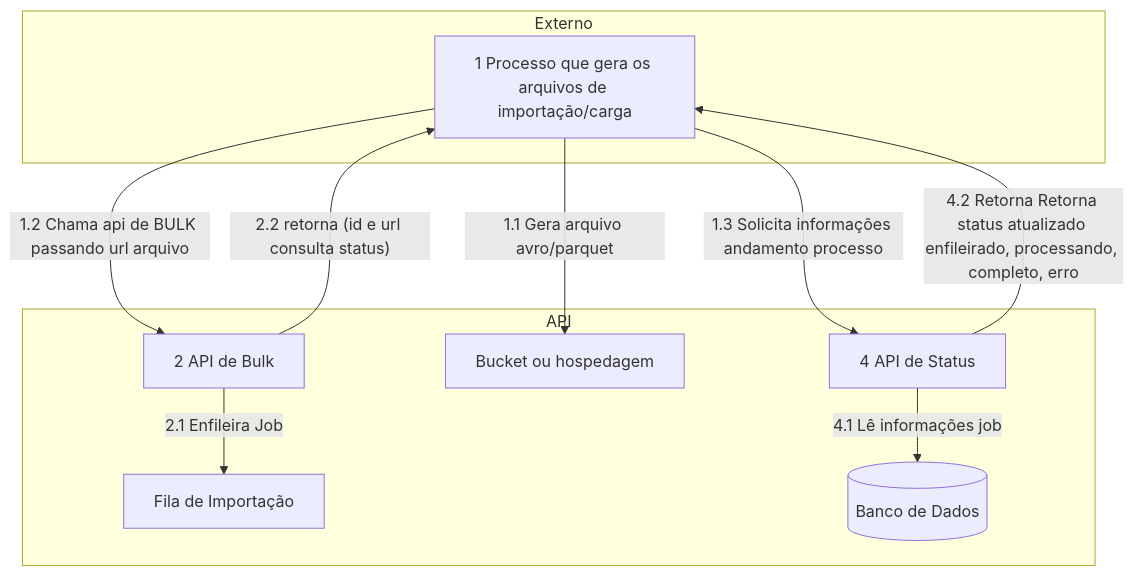
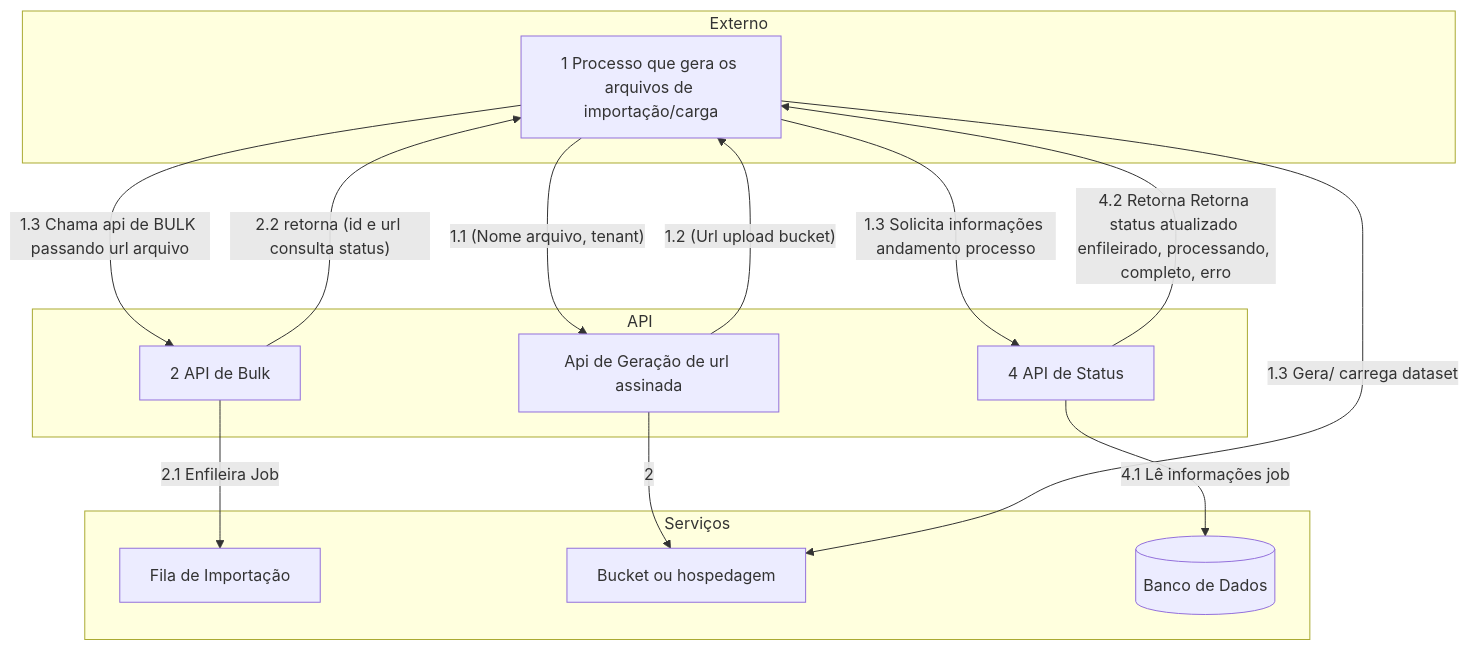
Before and after one commit to keysonmota/drafts: the first of 4 diagrams in docs/arquitetura.md, drawn with Mermaid. The commit also changed other lines of this file and 3 other files, not shown here.

````diff
--- a/docs/arquitetura.md
+++ b/docs/arquitetura.md
@@ -9,35 +17,47 @@
 ``` mermaid
 flowchart TD
     CLIENT[1 Processo que gera os arquivos de importação/carga]
+    API_URL[Api de Geração de url assinada]
     API_ENF[2 API de Bulk]
     QUEUE_IMP[Fila de Importação]
     BUCKET[Bucket ou hospedagem]
     BDWEB[(Banco de Dados)]
     API_STATS[4 API de Status]
 
-    CLIENT --> | 1.1 Gera arquivo avro/parquet| BUCKET
+    CLIENT --> |"1.1 (Nome arquivo, tenant)"| API_URL
+    API_URL --> |2| BUCKET
+    API_URL --> |"1.2 (Url upload bucket)"| CLIENT
+    CLIENT --> | 1.3 Gera/ carrega dataset| BUCKET
 
-    CLIENT --> |1.2 Chama api de BULK passando url arquivo| API_ENF
+    CLIENT --> |1.3 Chama api de BULK passando url arquivo| API_ENF
 
     API_ENF --> |2.1 Enfileira Job| QUEUE_IMP
 
     API_ENF -->|"2.2 retorna (id e url consulta status)"| CLIENT
 
     CLIENT -->| 1.3 Solicita informações andamento processo| API_STATS
 
     API_STATS -->| 4.1 Lê informações job | BDWEB
 
     API_STATS -->| 4.2 Retorna Retorna status atualizado enfileirado, processando, completo, erro | CLIENT
 
     subgraph API
+        API_URL
         API_ENF
-        QUEUE_IMP
+
         API_STATS
-        BUCKET
-        BDWEB
+
     end
 
     subgraph Externo
         CLIENT
     end
+
+
+    subgraph Serviços
+        QUEUE_IMP
+        BUCKET
+        BDWEB
+    end
+
 ```
````
